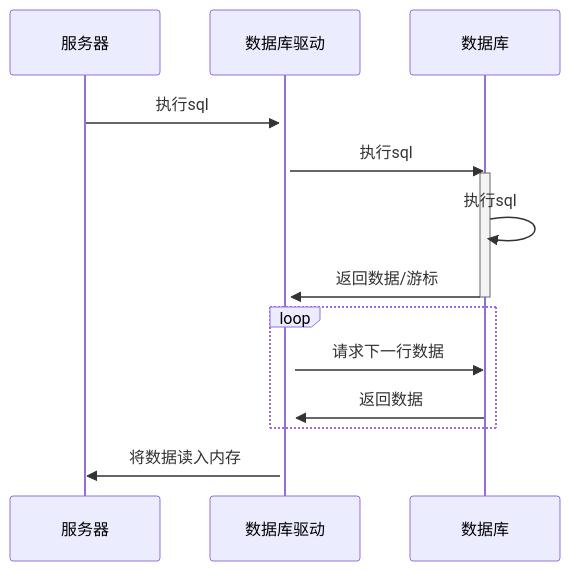
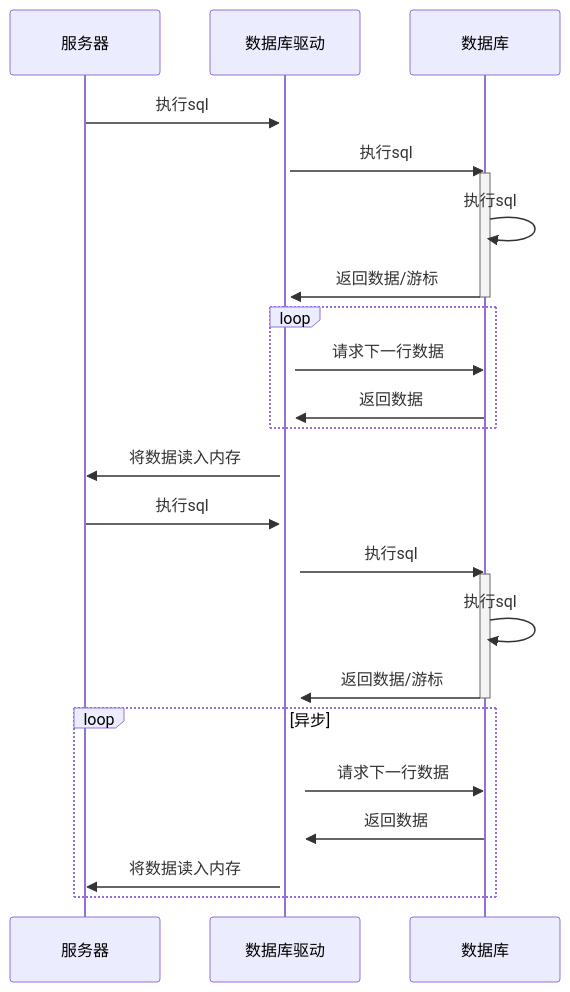
Before and after one commit to HY-10-8/iodraw-files: the diagram in all/AI-服务查询数据.md, drawn with Mermaid.

Commit message:
2025-11-28 11:27:56 update

````diff
--- a/all/AI-服务查询数据.md
+++ b/all/AI-服务查询数据.md
@@ -1,19 +1,34 @@
 ```mermaid
 sequenceDiagram
     
     服务器->>+数据库驱动: 执行sql
     数据库驱动->>数据库:执行sql
 
     activate 数据库
     数据库->>数据库: 执行sql
     数据库->>+数据库驱动: 返回数据/游标
     deactivate 数据库
 
     loop 
         数据库驱动->>数据库: 请求下一行数据
         数据库->>数据库驱动: 返回数据
     end
     数据库驱动->>服务器: 将数据读入内存
 
 
+
+    服务器->>+数据库驱动: 执行sql
+    数据库驱动->>数据库:执行sql
+
+    activate 数据库
+    数据库->>数据库: 执行sql
+    数据库->>+数据库驱动: 返回数据/游标
+    deactivate 数据库
+
+    loop 异步
+        数据库驱动->>数据库: 请求下一行数据
+        数据库->>数据库驱动: 返回数据
+        数据库驱动->>服务器: 将数据读入内存
+    end
+
 ```
````
